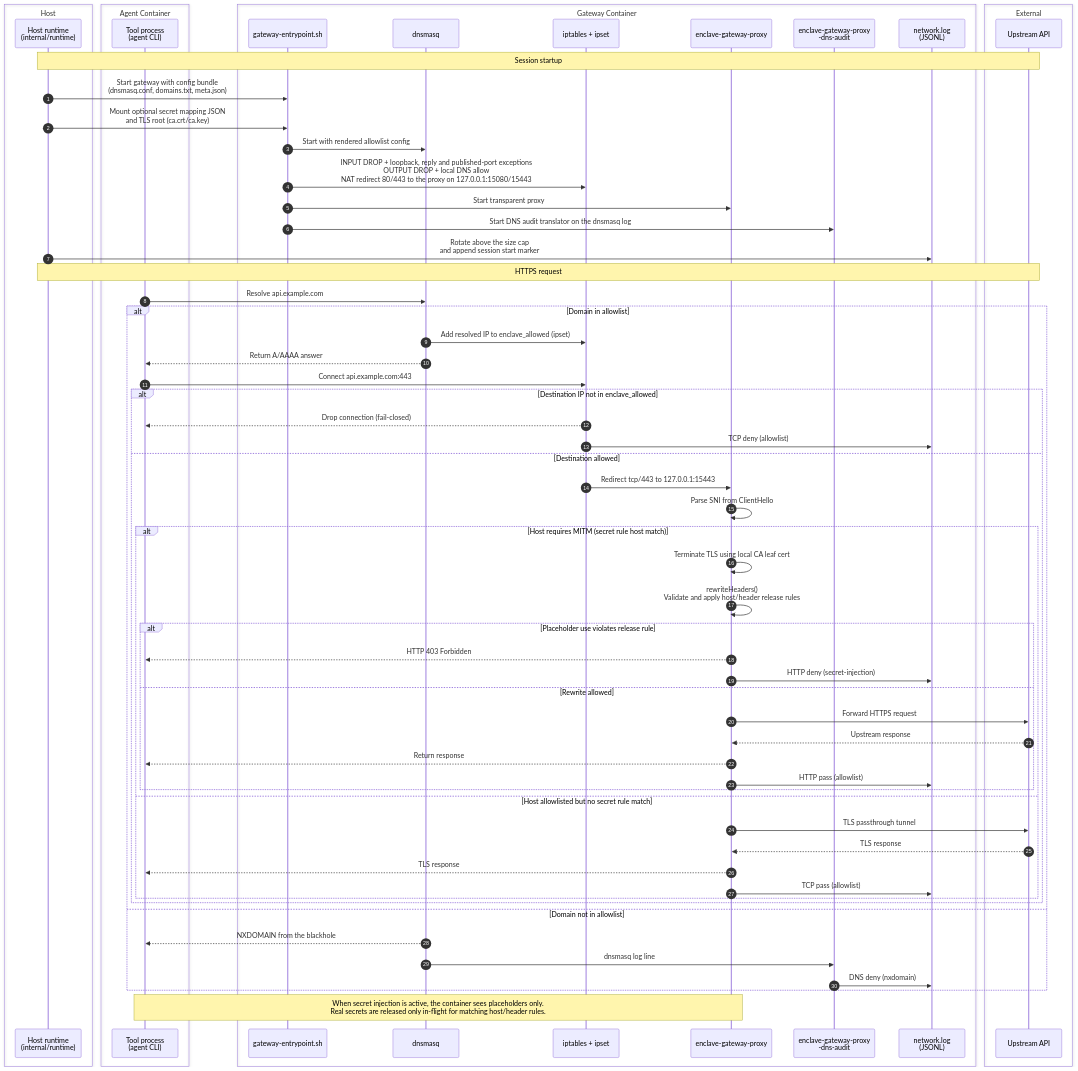
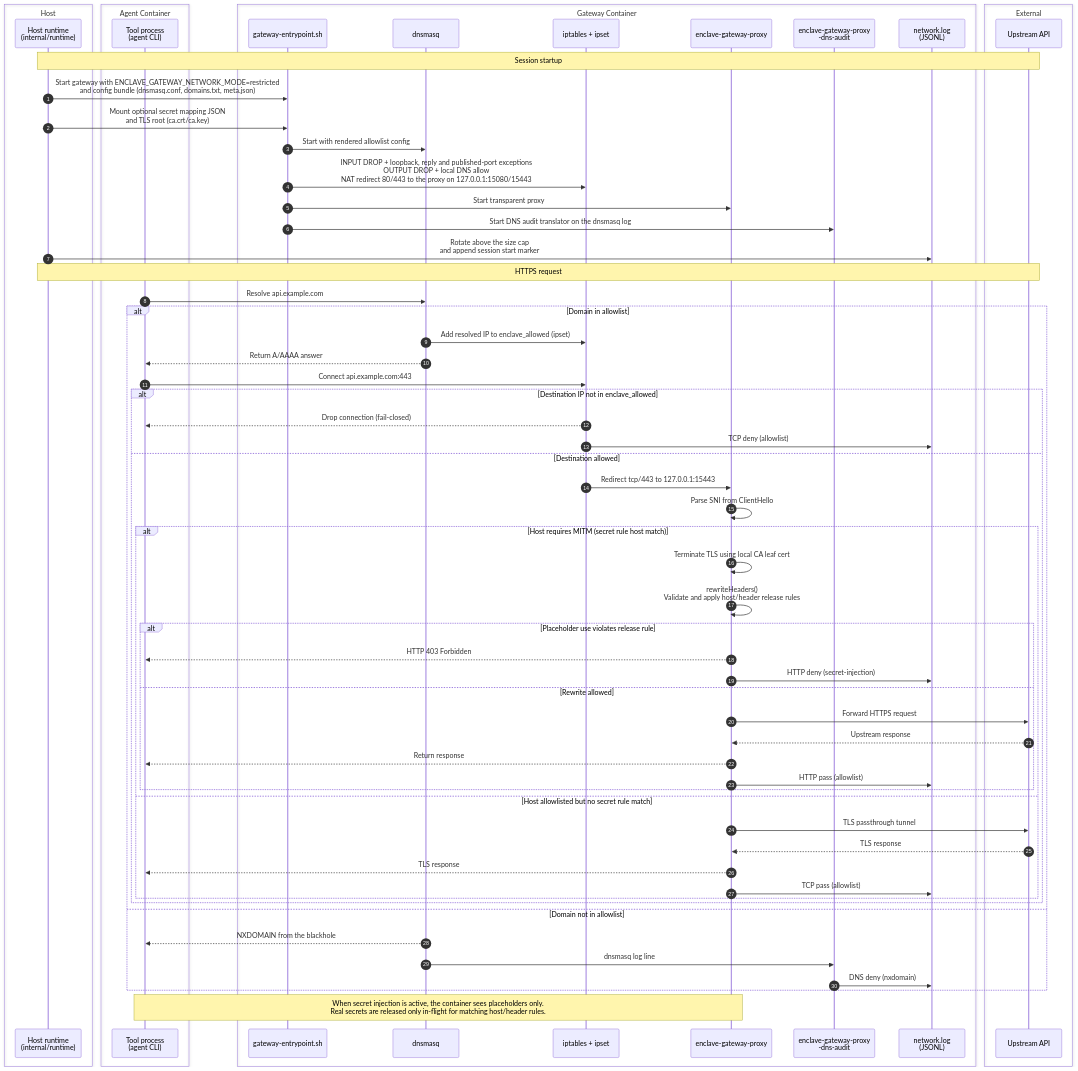
One commit to eclipse-enclave/enclave changed the first of 2 diagrams in docs/runtime/network-request-flow.md. Above: the diagram before and after it, drawn with Mermaid. The commit also changed other lines of this file and 15 other files, not shown here.

First line of the commit message:
fix: take the gateway's network mode from its container environment

````diff
--- a/docs/runtime/network-request-flow.md
+++ b/docs/runtime/network-request-flow.md
@@ -7,69 +7,69 @@
 ```mermaid
 sequenceDiagram
     autonumber
     box Host
         participant Host as Host runtime<br/>(internal/runtime)
     end
     box Agent Container
         participant Tool as Tool process<br/>(agent CLI)
     end
     box Gateway Container
         participant Entry as gateway-entrypoint.sh
         participant DNS as dnsmasq
         participant FW as iptables + ipset
         participant Proxy as enclave-gateway-proxy
         participant Audit as enclave-gateway-proxy<br/>-dns-audit
         participant Log as network.log<br/>(JSONL)
     end
     box External
         participant API as Upstream API
     end
 
     Note over Host,API: Session startup
-    Host->>Entry: Start gateway with config bundle<br/>(dnsmasq.conf, domains.txt, meta.json)
+    Host->>Entry: Start gateway with ENCLAVE_GATEWAY_NETWORK_MODE=restricted<br/>and config bundle (dnsmasq.conf, domains.txt, meta.json)
     Host->>Entry: Mount optional secret mapping JSON<br/>and TLS root (ca.crt/ca.key)
     Entry->>DNS: Start with rendered allowlist config
     Entry->>FW: INPUT DROP + loopback, reply and published-port exceptions<br/>OUTPUT DROP + local DNS allow<br/>NAT redirect 80/443 to the proxy on 127.0.0.1:15080/15443
     Entry->>Proxy: Start transparent proxy
     Entry->>Audit: Start DNS audit translator on the dnsmasq log
     Host->>Log: Rotate above the size cap<br/>and append session start marker
 
     Note over Host,API: HTTPS request
     Tool->>DNS: Resolve api.example.com
     alt Domain in allowlist
         DNS->>FW: Add resolved IP to enclave_allowed (ipset)
         DNS-->>Tool: Return A/AAAA answer
         Tool->>FW: Connect api.example.com:443
         alt Destination IP not in enclave_allowed
             FW-->>Tool: Drop connection (fail-closed)
             FW->>Log: TCP deny (allowlist)
         else Destination allowed
             FW->>Proxy: Redirect tcp/443 to 127.0.0.1:15443
             Proxy->>Proxy: Parse SNI from ClientHello
             alt Host requires MITM (secret rule host match)
                 Proxy->>Proxy: Terminate TLS using local CA leaf cert
                 Proxy->>Proxy: rewriteHeaders()<br/>Validate and apply host/header release rules
                 alt Placeholder use violates release rule
                     Proxy-->>Tool: HTTP 403 Forbidden
                     Proxy->>Log: HTTP deny (secret-injection)
                 else Rewrite allowed
                     Proxy->>API: Forward HTTPS request
                     API-->>Proxy: Upstream response
                     Proxy-->>Tool: Return response
                     Proxy->>Log: HTTP pass (allowlist)
                 end
             else Host allowlisted but no secret rule match
                 Proxy->>API: TLS passthrough tunnel
                 API-->>Proxy: TLS response
                 Proxy-->>Tool: TLS response
                 Proxy->>Log: TCP pass (allowlist)
             end
         end
     else Domain not in allowlist
         DNS-->>Tool: NXDOMAIN from the blackhole
         DNS->>Audit: dnsmasq log line
         Audit->>Log: DNS deny (nxdomain)
     end
 
     Note over Tool,Proxy: When secret injection is active, the container sees placeholders only.<br/>Real secrets are released only in-flight for matching host/header rules.
 ```
````
